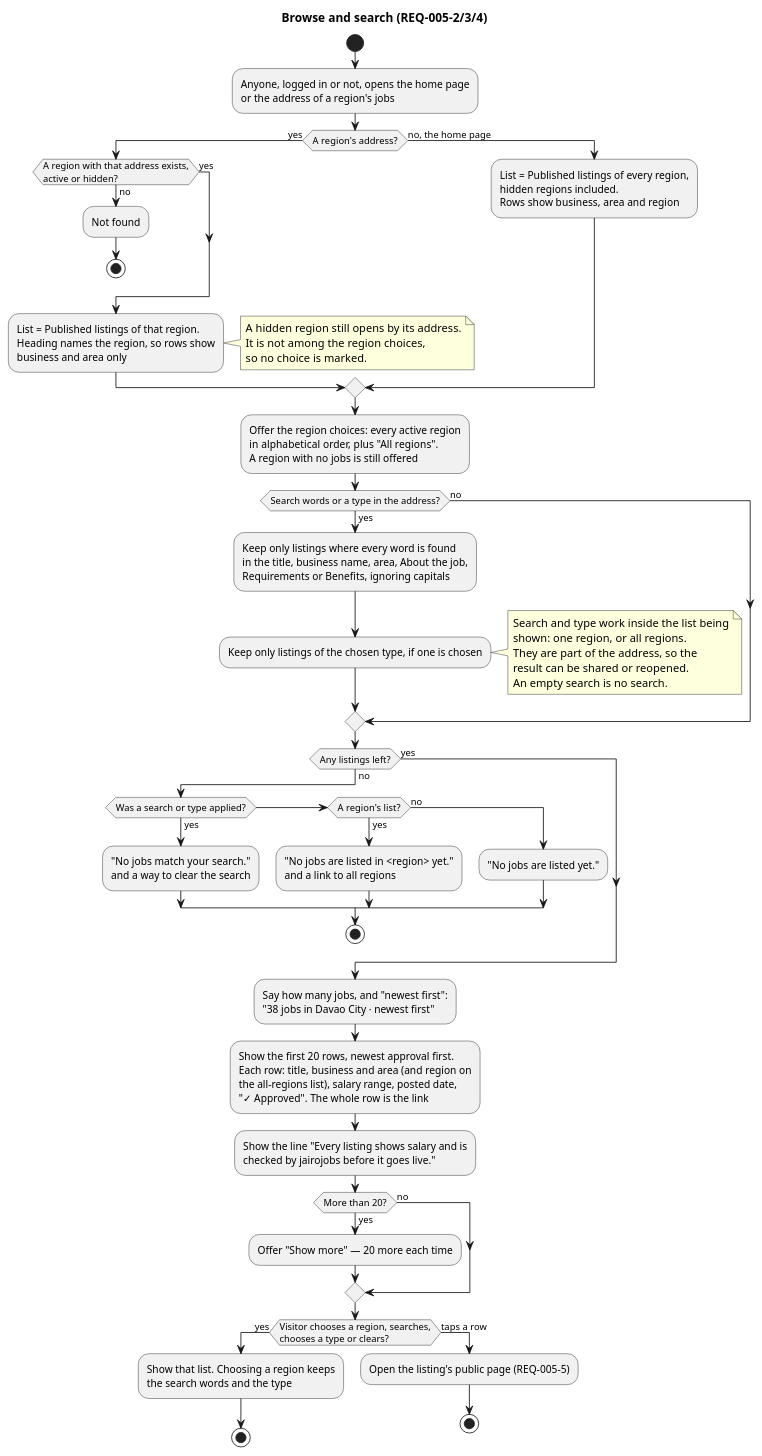
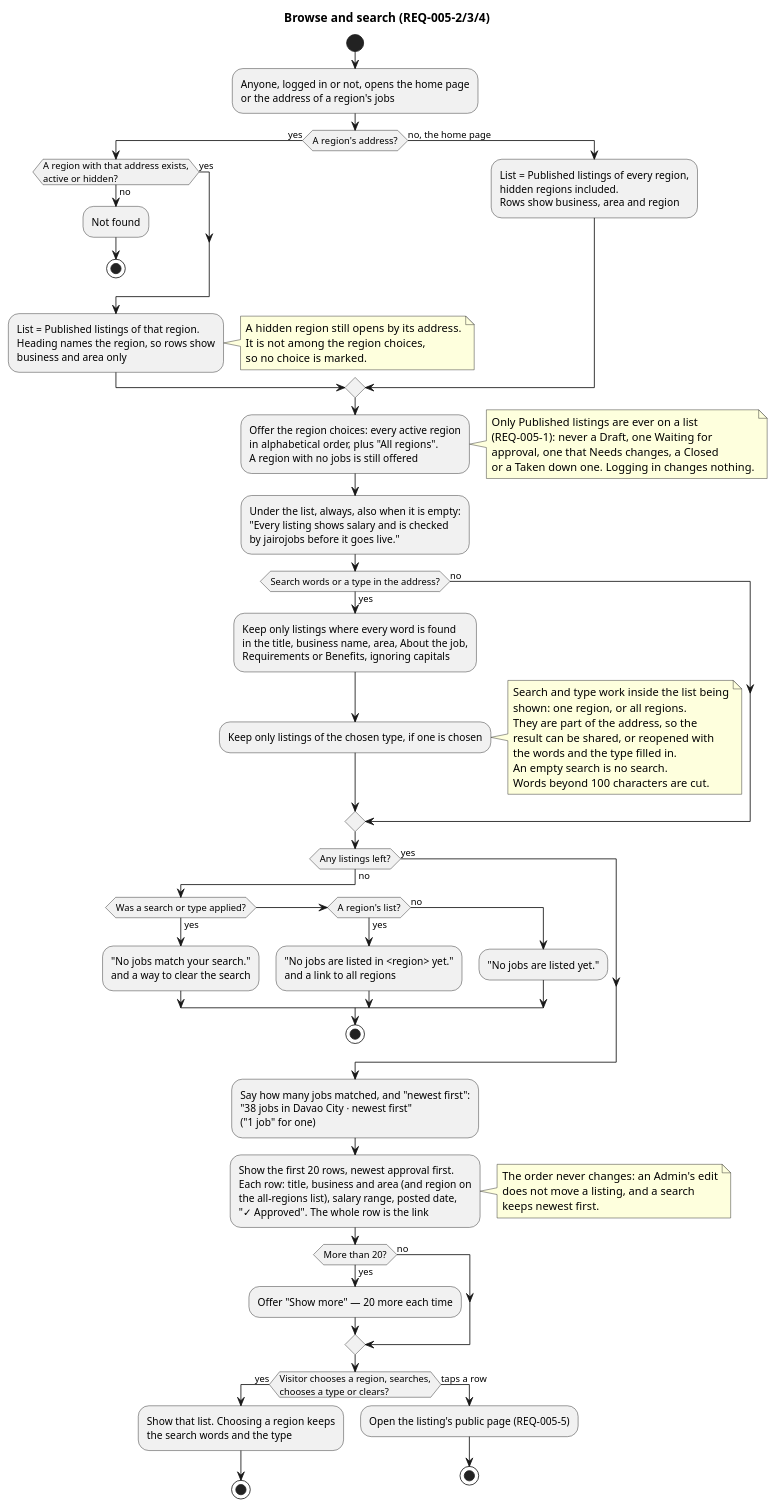
Before and after one commit to raseniero/jairojobs-elixir: the diagram in docs/specs/005-public-browse-search/diagrams/activity-browse-and-search.puml, drawn with PlantUML. The commit also changed 10 other files, not shown here.

Commit message:
docs(spec 005): scenario-by-scenario check of the diagrams; table of earlier documents verified

```diff
--- a/docs/specs/005-public-browse-search/diagrams/activity-browse-and-search.puml
+++ b/docs/specs/005-public-browse-search/diagrams/activity-browse-and-search.puml
@@ -1,77 +1,92 @@
 @startuml activity-browse-and-search
 ' Spec 005 — the jobs lists: all regions, one region, search and type (REQ-005-2, -3, -4)
 title Browse and search (REQ-005-2/3/4)
 
 start
 :Anyone, logged in or not, opens the home page
 or the address of a region's jobs;
 if (A region's address?) then (yes)
   if (A region with that address exists,\nactive or hidden?) then (no)
     :Not found;
     stop
   else (yes)
   endif
   :List = Published listings of that region.
   Heading names the region, so rows show
   business and area only;
   note right
     A hidden region still opens by its address.
     It is not among the region choices,
     so no choice is marked.
   end note
 else (no, the home page)
   :List = Published listings of every region,
   hidden regions included.
   Rows show business, area and region;
 endif
 :Offer the region choices: every active region
 in alphabetical order, plus "All regions".
 A region with no jobs is still offered;
+note right
+  Only Published listings are ever on a list
+  (REQ-005-1): never a Draft, one Waiting for
+  approval, one that Needs changes, a Closed
+  or a Taken down one. Logging in changes nothing.
+end note
+:Under the list, always, also when it is empty:
+"Every listing shows salary and is checked
+by jairojobs before it goes live.";
 if (Search words or a type in the address?) then (yes)
   :Keep only listings where every word is found
   in the title, business name, area, About the job,
   Requirements or Benefits, ignoring capitals;
   :Keep only listings of the chosen type, if one is chosen;
   note right
     Search and type work inside the list being
     shown: one region, or all regions.
     They are part of the address, so the
-    result can be shared or reopened.
+    result can be shared, or reopened with
+    the words and the type filled in.
     An empty search is no search.
+    Words beyond 100 characters are cut.
   end note
 else (no)
 endif
 if (Any listings left?) then (no)
   if (Was a search or type applied?) then (yes)
     :"No jobs match your search."
     and a way to clear the search;
   elseif (A region's list?) then (yes)
     :"No jobs are listed in <region> yet."
     and a link to all regions;
   else (no)
     :"No jobs are listed yet.";
   endif
   stop
 else (yes)
 endif
-:Say how many jobs, and "newest first":
-"38 jobs in Davao City · newest first";
+:Say how many jobs matched, and "newest first":
+"38 jobs in Davao City · newest first"
+("1 job" for one);
 :Show the first 20 rows, newest approval first.
 Each row: title, business and area (and region on
 the all-regions list), salary range, posted date,
 "✓ Approved". The whole row is the link;
-:Show the line "Every listing shows salary and is
-checked by jairojobs before it goes live.";
+note right
+  The order never changes: an Admin's edit
+  does not move a listing, and a search
+  keeps newest first.
+end note
 if (More than 20?) then (yes)
   :Offer "Show more" — 20 more each time;
 else (no)
 endif
 if (Visitor chooses a region, searches,\nchooses a type or clears?) then (yes)
   :Show that list. Choosing a region keeps
   the search words and the type;
   stop
 else (taps a row)
   :Open the listing's public page (REQ-005-5);
   stop
 endif
 @enduml
```
